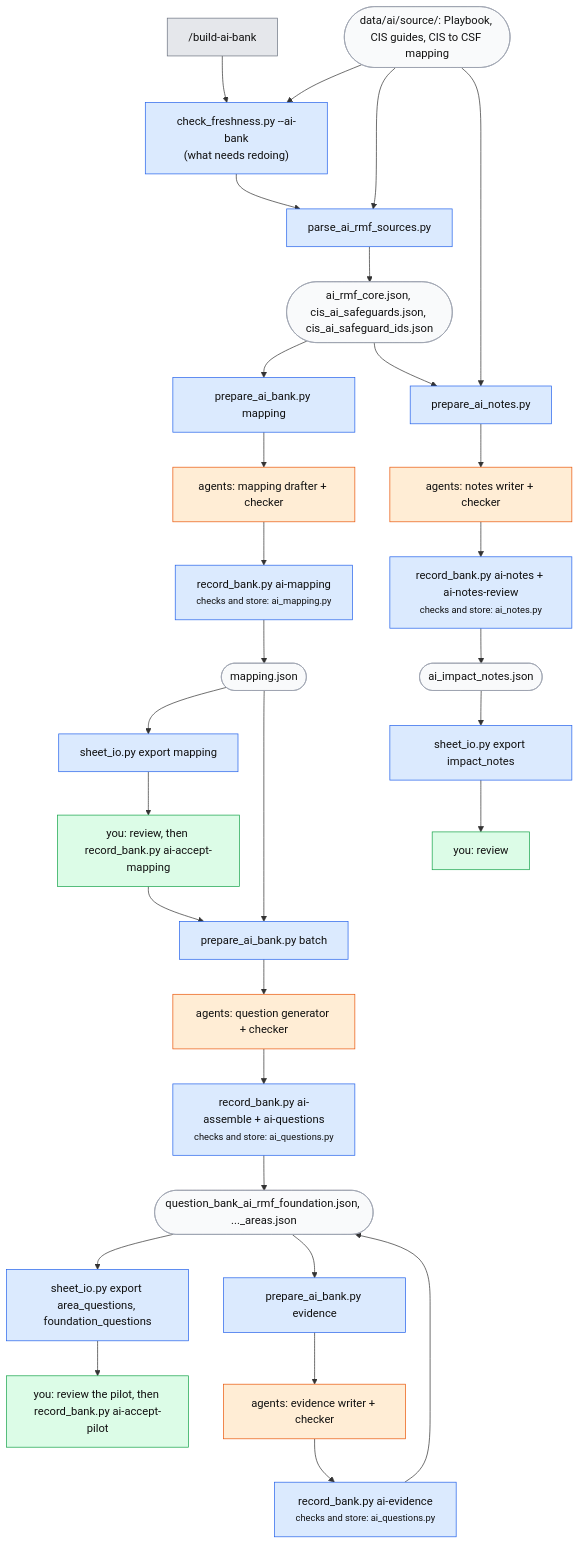
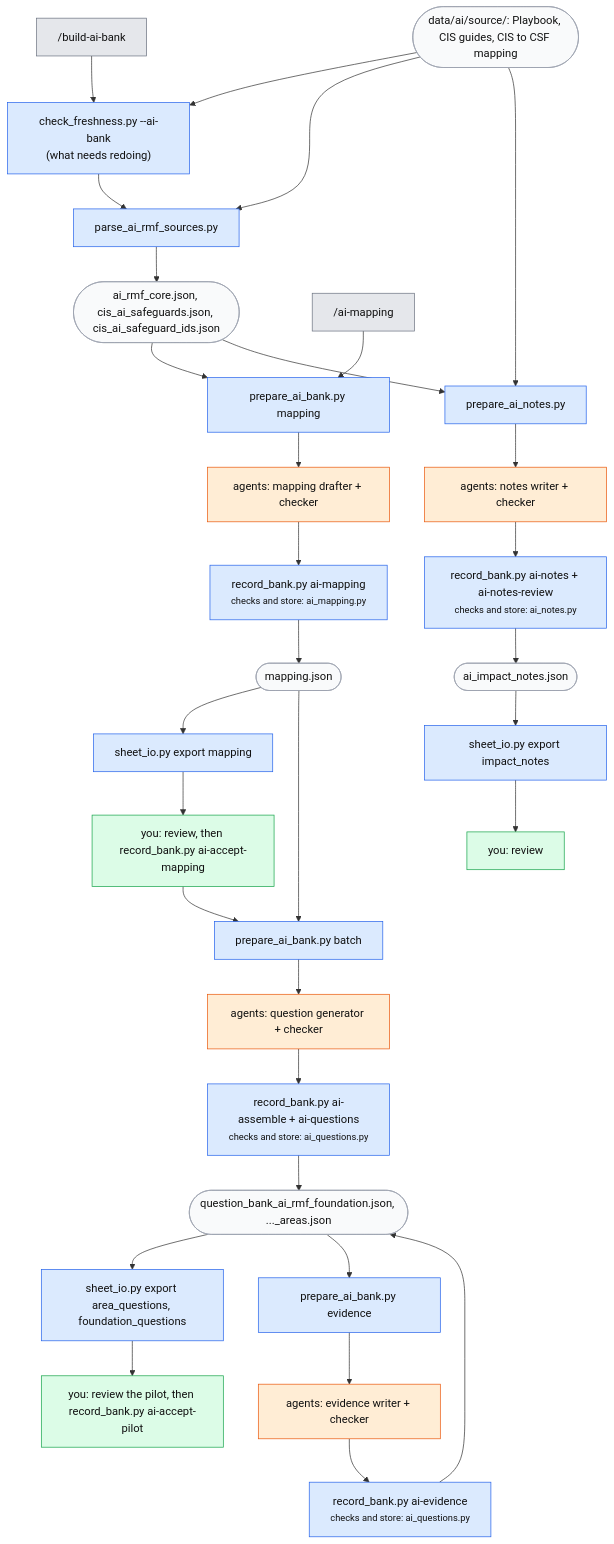
Before and after one commit to srilekha82/csf-ai-self-assessment: the third of 3 diagrams in docs/guide.md, drawn with Mermaid. The commit also changed other lines of this file and 14 other files, not shown here.

````diff
--- a/docs/guide.md
+++ b/docs/guide.md
@@ -161,27 +163,28 @@
 ```mermaid
 flowchart TD
     B["/build-ai-bank"]:::cmd --> CF["check_freshness.py --ai-bank<br/>(what needs redoing)"]:::script
     SRC([data/ai/source/: Playbook, CIS guides, CIS to CSF mapping]):::file --> CF
     CF --> PS[parse_ai_rmf_sources.py]:::script
     SRC --> PS --> CORE([ai_rmf_core.json, cis_ai_safeguards.json, cis_ai_safeguard_ids.json]):::file
 
+    AMC["/ai-mapping"]:::cmd --> PM
     CORE --> PM["prepare_ai_bank.py mapping"]:::script --> AM["agents: mapping drafter + checker"]:::agent --> RM["record_bank.py ai-mapping<br/><small>checks and store: ai_mapping.py</small>"]:::script --> MAP([mapping.json]):::file
     MAP --> SM["sheet_io.py export mapping"]:::script --> U1["you: review, then record_bank.py ai-accept-mapping"]:::you
 
     U1 --> PB["prepare_ai_bank.py batch"]:::script
     MAP --> PB --> AQ["agents: question generator + checker"]:::agent --> RQ["record_bank.py ai-assemble + ai-questions<br/><small>checks and store: ai_questions.py</small>"]:::script --> BANKS([question_bank_ai_rmf_foundation.json, ..._areas.json]):::file
     BANKS --> SQ["sheet_io.py export area_questions, foundation_questions"]:::script --> U2["you: review the pilot, then record_bank.py ai-accept-pilot"]:::you
 
     BANKS --> PE["prepare_ai_bank.py evidence"]:::script --> AE["agents: evidence writer + checker"]:::agent --> RE["record_bank.py ai-evidence<br/><small>checks and store: ai_questions.py</small>"]:::script --> BANKS
 
     SRC --> BI[prepare_ai_notes.py]:::script
     CORE --> BI --> AN["agents: notes writer + checker"]:::agent --> RN["record_bank.py ai-notes + ai-notes-review<br/><small>checks and store: ai_notes.py</small>"]:::script --> NOTES([ai_impact_notes.json]):::file
     NOTES --> SN["sheet_io.py export impact_notes"]:::script --> U3["you: review"]:::you
 
     classDef cmd fill:#e5e7eb,stroke:#6b7280,color:#111
     classDef script fill:#dbeafe,stroke:#2563eb,color:#111
     classDef agent fill:#ffedd5,stroke:#ea580c,color:#111
     classDef you fill:#dcfce7,stroke:#16a34a,color:#111
     classDef file fill:#f9fafb,stroke:#9ca3af,color:#111
     classDef stop fill:#fee2e2,stroke:#dc2626,color:#111
 ```
````
